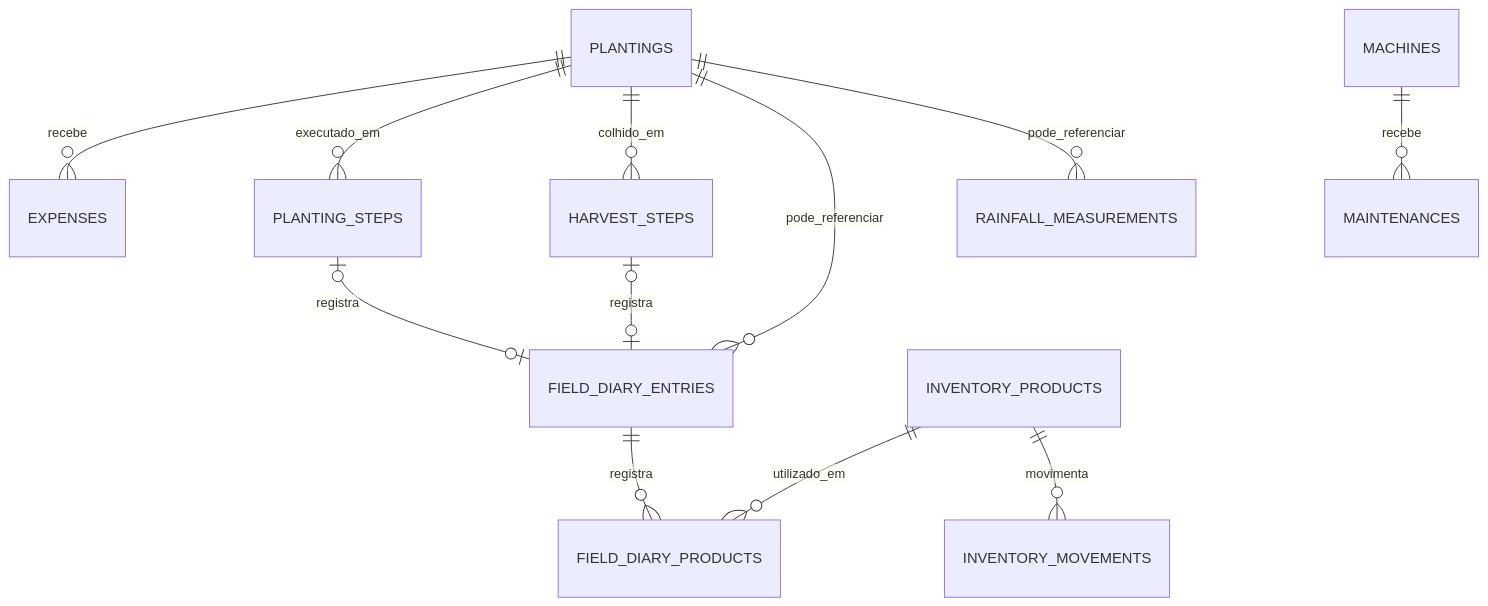
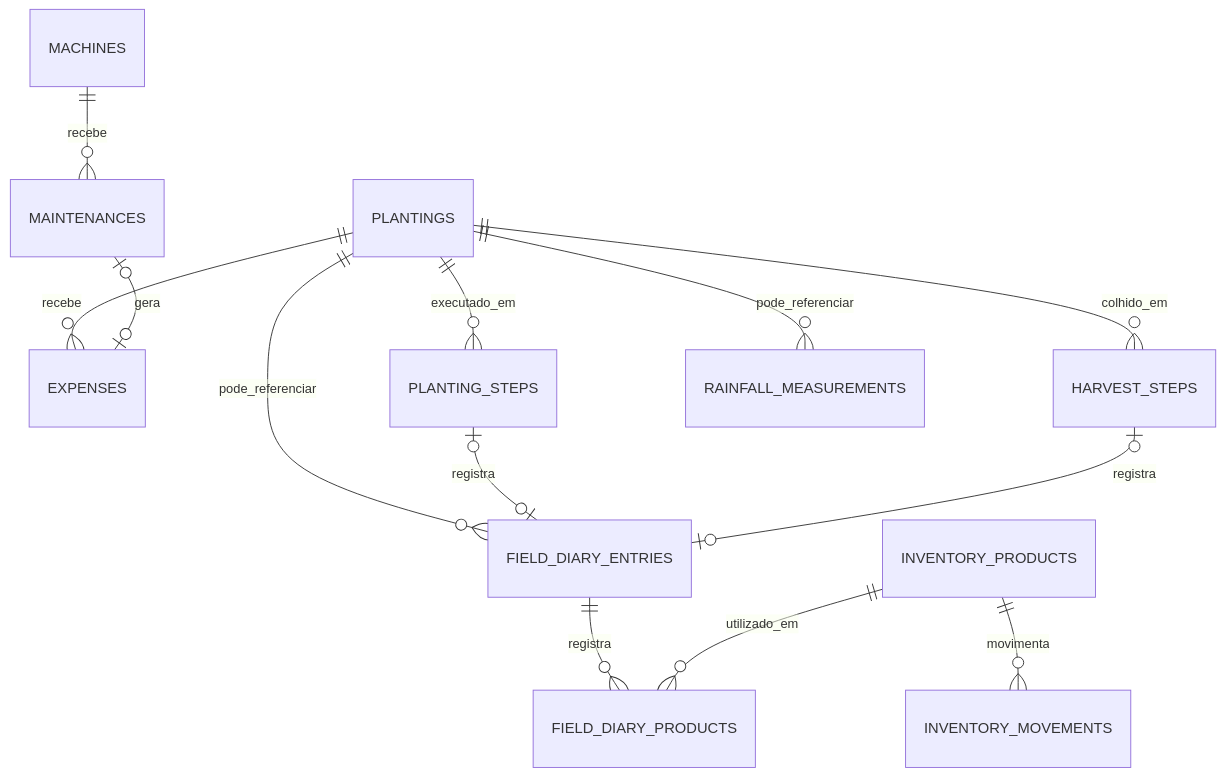
One commit to RodrigoPWalter/agrogestor changed the diagram in docs/DATABASE_MODEL.md. Above: the diagram before and after it, drawn with Mermaid. The commit also changed other lines of this file and 17 other files, not shown here.

````diff
--- a/docs/DATABASE_MODEL.md
+++ b/docs/DATABASE_MODEL.md
@@ -7,14 +7,15 @@
 ```mermaid
 erDiagram
     PLANTINGS ||--o{ EXPENSES : recebe
     PLANTINGS ||--o{ PLANTING_STEPS : executado_em
     PLANTINGS ||--o{ HARVEST_STEPS : colhido_em
     PLANTINGS ||--o{ FIELD_DIARY_ENTRIES : pode_referenciar
     PLANTING_STEPS o|--o| FIELD_DIARY_ENTRIES : registra
     HARVEST_STEPS o|--o| FIELD_DIARY_ENTRIES : registra
     PLANTINGS ||--o{ RAINFALL_MEASUREMENTS : pode_referenciar
     FIELD_DIARY_ENTRIES ||--o{ FIELD_DIARY_PRODUCTS : registra
     INVENTORY_PRODUCTS ||--o{ FIELD_DIARY_PRODUCTS : utilizado_em
     INVENTORY_PRODUCTS ||--o{ INVENTORY_MOVEMENTS : movimenta
     MACHINES ||--o{ MAINTENANCES : recebe
+    MAINTENANCES o|--o| EXPENSES : gera
 ```
````
